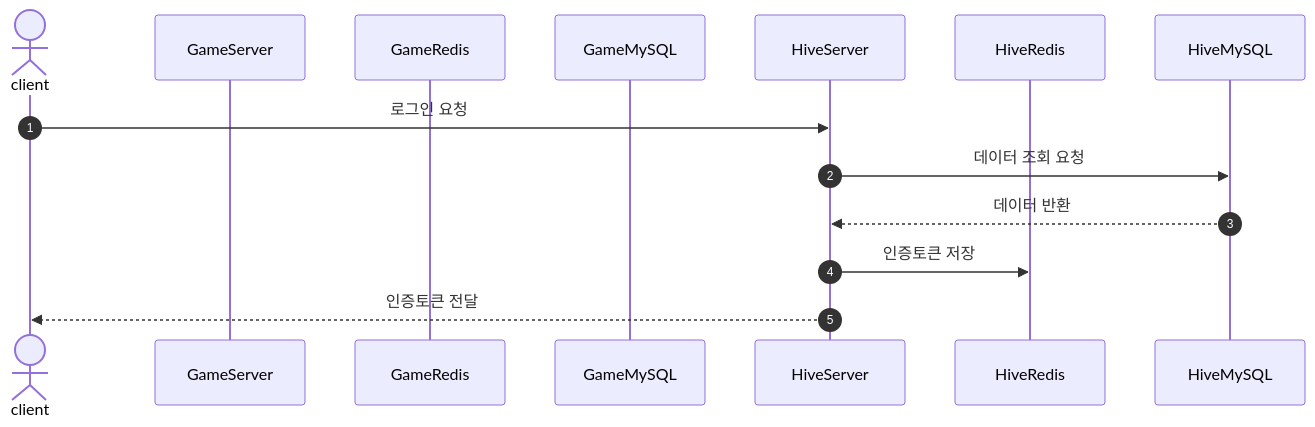
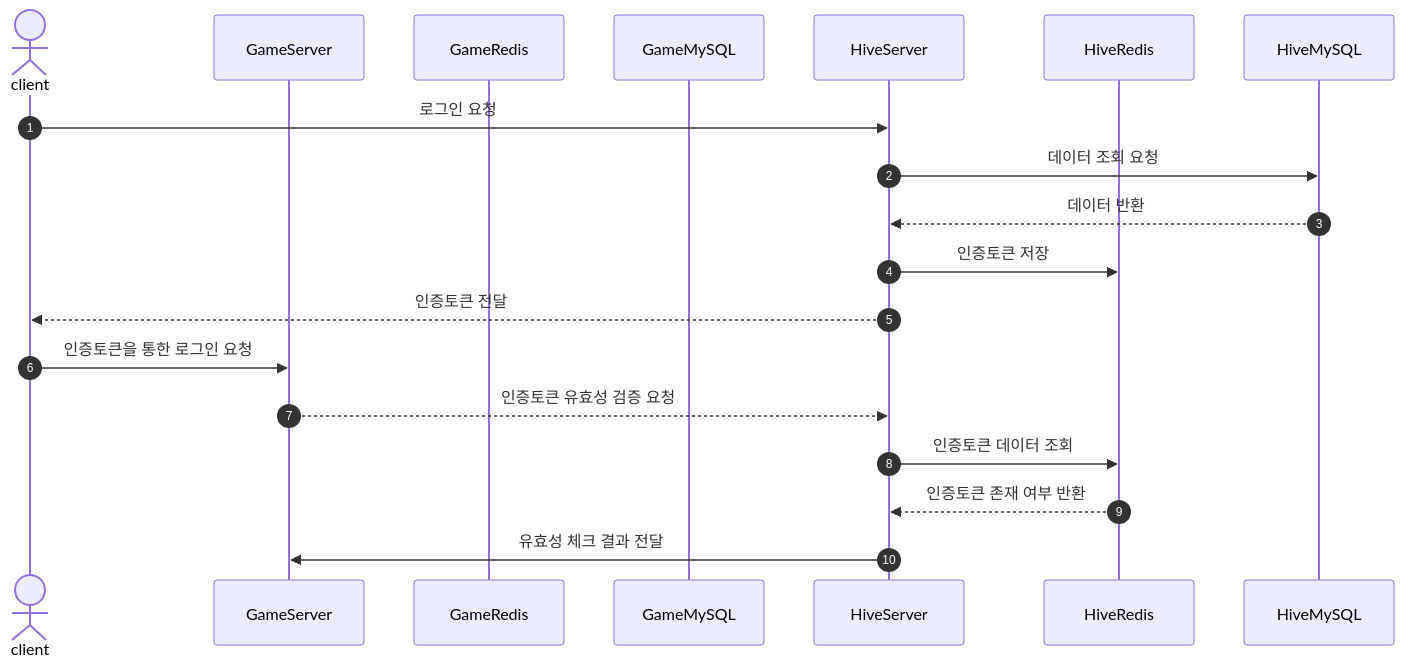
The second of 2 diagrams in SequenceDiagram.md (hhes0225/OmokServer), drawn with Mermaid before and after one commit.

````diff
--- a/SequenceDiagram.md
+++ b/SequenceDiagram.md
@@ -16,17 +16,21 @@
 ```mermaid
 sequenceDiagram
   autonumber
   actor A as client
   participant B as GameServer
   participant C as GameRedis
   participant D as GameMySQL
   participant E as HiveServer
   participant F as HiveRedis
   participant G as HiveMySQL
   A->>E:로그인 요청
   E->>G: 데이터 조회 요청
   G-->>E: 데이터 반환
   E->>F: 인증토큰 저장
   E-->>A: 인증토큰 전달
-  
+  A->>B: 인증토큰을 통한 로그인 요청
+  B-->>E: 인증토큰 유효성 검증 요청
+  E->>F: 인증토큰 데이터 조회
+  F-->>E: 인증토큰 존재 여부 반환
+  E->>B: 유효성 체크 결과 전달
 ```
````
